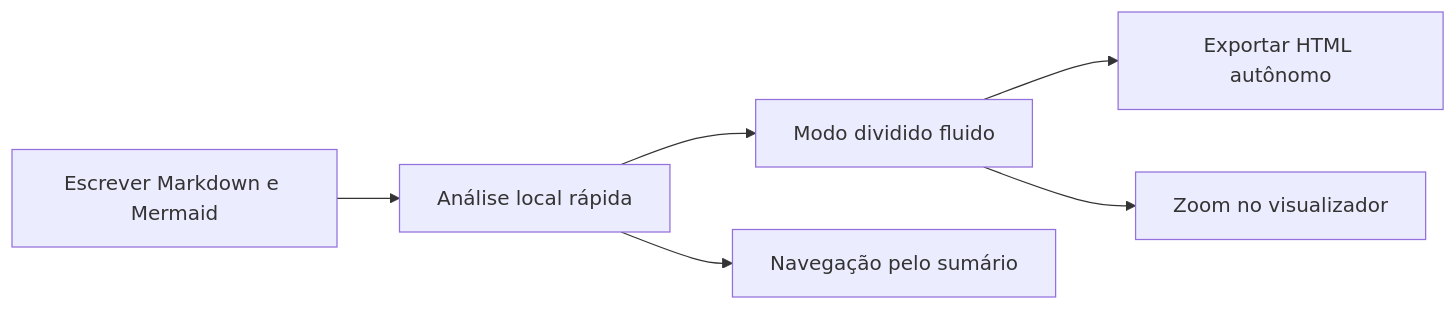
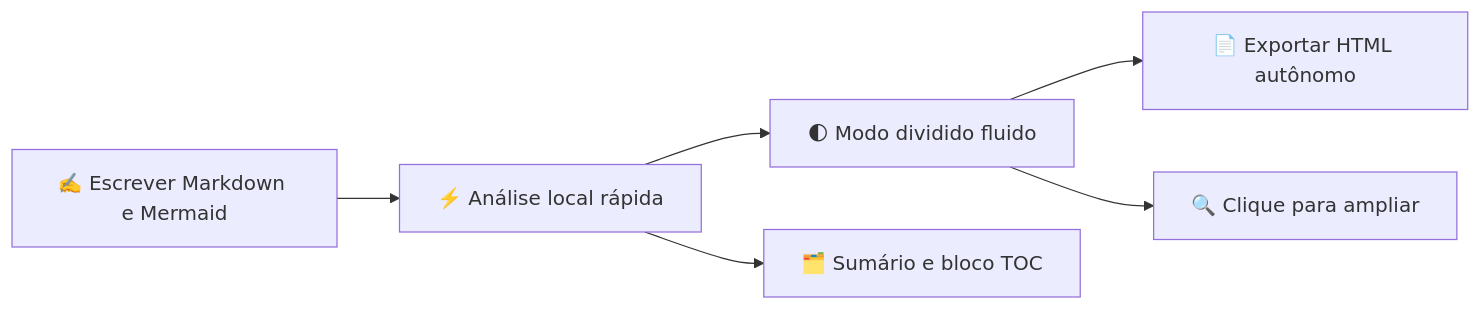
The diagram in crates/zmark_app/assets/welcome/pt.md (2716190547/zmark), drawn with Mermaid before and after one commit. The commit also changed other lines of this file and 32 other files, not shown here.

````diff
--- a/crates/zmark_app/assets/welcome/pt.md
+++ b/crates/zmark_app/assets/welcome/pt.md
@@ -72,8 +84,8 @@
 ```mermaid
 flowchart LR
-    Write["Escrever Markdown e Mermaid"] --> Parse["Análise local rápida"]
-    Parse --> Split["Modo dividido fluido"]
-    Parse --> Outline["Navegação pelo sumário"]
-    Split --> Export["Exportar HTML autônomo"]
-    Split --> Lightbox["Zoom no visualizador"]
+    Write["✍️ Escrever Markdown e Mermaid"] --> Parse["⚡️ Análise local rápida"]
+    Parse --> Split["🌓 Modo dividido fluido"]
+    Parse --> Outline["🗂️ Sumário e bloco TOC"]
+    Split --> Export["📄 Exportar HTML autônomo"]
+    Split --> Lightbox["🔍 Clique para ampliar"]
 ```
````
